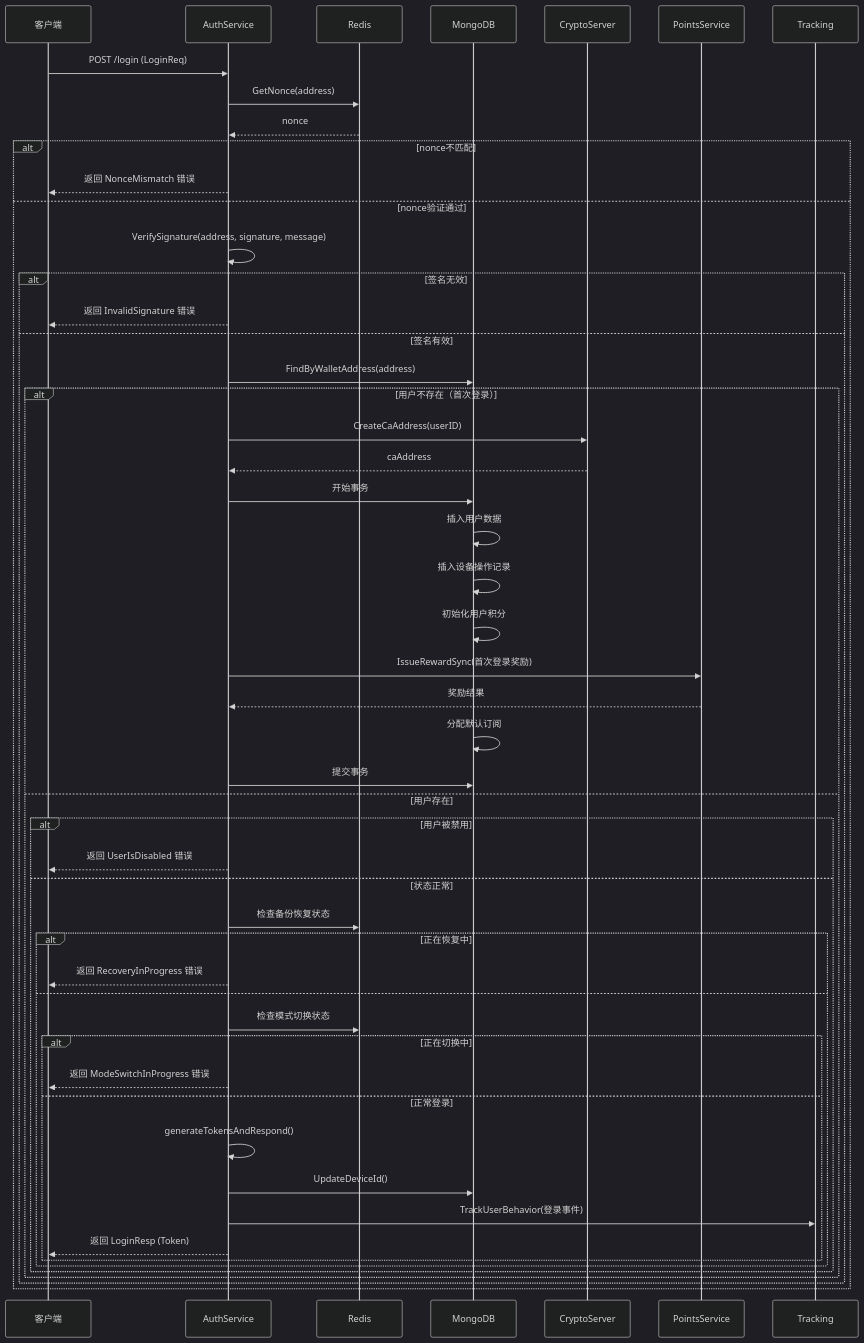
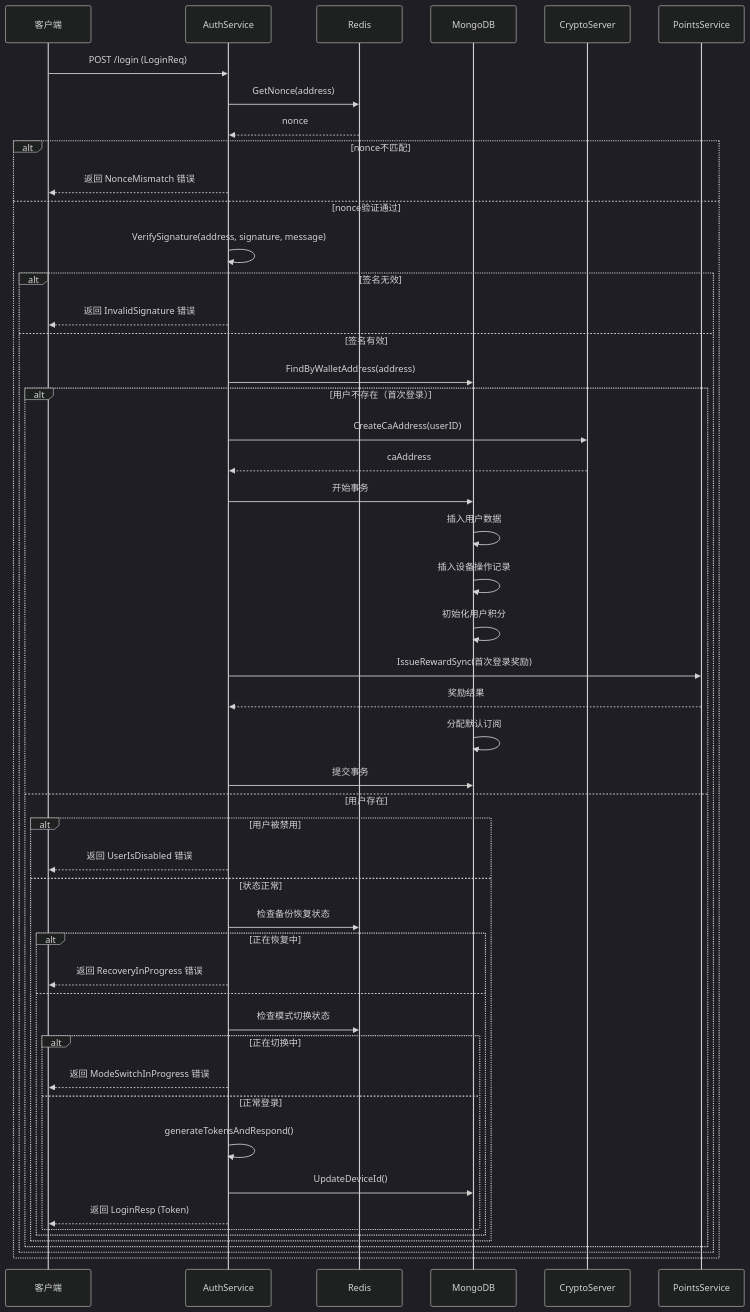
The diagram in all/未命名-2.md (yingjianzh/iodraw-files), drawn with Mermaid (dark theme) before and after one commit.

Commit message:
2025-09-09 11:00:43 update

````diff
--- a/all/未命名-2.md
+++ b/all/未命名-2.md
@@ -1,54 +1,54 @@
 ```mermaid
 sequenceDiagram
     participant Client as 客户端
     participant AuthService as AuthService
     participant Redis as Redis
     participant MongoDB as MongoDB
     participant CryptoServer as CryptoServer
     participant PointsService as PointsService
 
     Client->>AuthService: POST /login (LoginReq)
     AuthService->>Redis: GetNonce(address)
     Redis-->>AuthService: nonce
     alt nonce不匹配
         AuthService-->>Client: 返回 NonceMismatch 错误
     else nonce验证通过
         AuthService->>AuthService: VerifySignature(address, signature, message)
         alt 签名无效
             AuthService-->>Client: 返回 InvalidSignature 错误
         else 签名有效
             AuthService->>MongoDB: FindByWalletAddress(address)
             alt 用户不存在（首次登录）
                 AuthService->>CryptoServer: CreateCaAddress(userID)
                 CryptoServer-->>AuthService: caAddress
                 AuthService->>MongoDB: 开始事务
                 MongoDB->>MongoDB: 插入用户数据
                 MongoDB->>MongoDB: 插入设备操作记录
                 MongoDB->>MongoDB: 初始化用户积分
                 AuthService->>PointsService: IssueRewardSync(首次登录奖励)
                 PointsService-->>AuthService: 奖励结果
                 MongoDB->>MongoDB: 分配默认订阅
                 AuthService->>MongoDB: 提交事务
             else 用户存在
                 alt 用户被禁用
                     AuthService-->>Client: 返回 UserIsDisabled 错误
                 else 状态正常
                     AuthService->>Redis: 检查备份恢复状态
                     alt 正在恢复中
                         AuthService-->>Client: 返回 RecoveryInProgress 错误
                     else 
                         AuthService->>Redis: 检查模式切换状态
                         alt 正在切换中
                             AuthService-->>Client: 返回 ModeSwitchInProgress 错误
                         else 正常登录
                             AuthService->>AuthService: generateTokensAndRespond()
                             AuthService->>MongoDB: UpdateDeviceId()
-                            AuthService->>Tracking: TrackUserBehavior(登录事件)
+
                             AuthService-->>Client: 返回 LoginResp (Token)
                         end
                     end
                 end
             end
         end
     end
 ```
````
